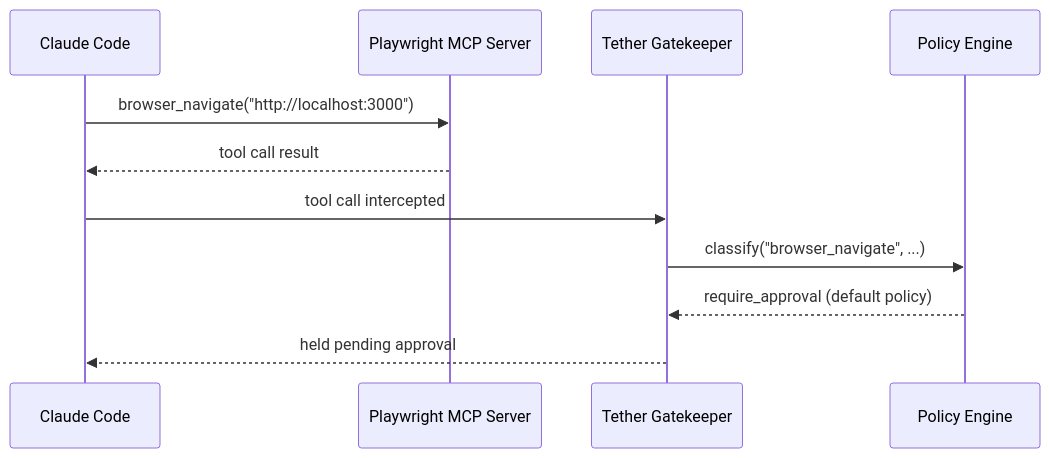
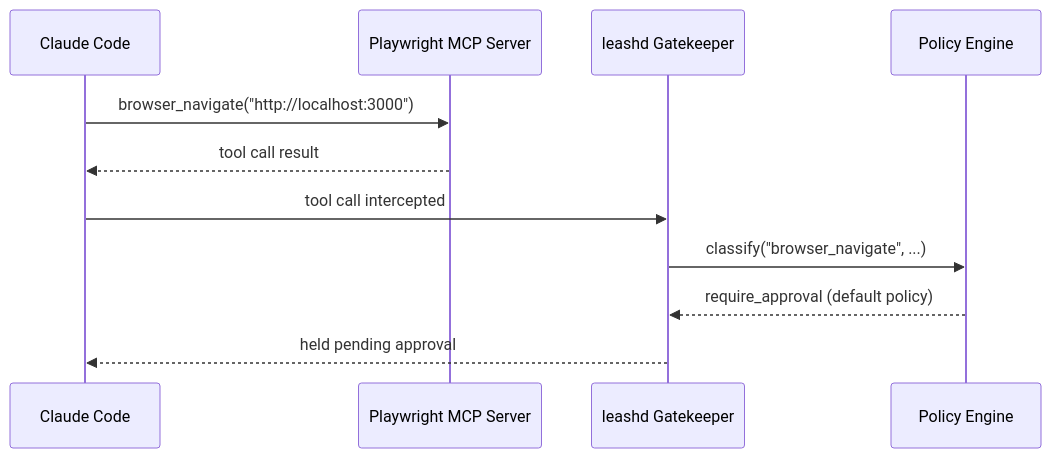
The diagram in docs/browser-testing.md (nodenova/tether), drawn with Mermaid before and after one commit. The commit also changed other lines of this file and 139 other files, not shown here.

Commit message:
Rebrand from Tether to Leashd

````diff
--- a/docs/browser-testing.md
+++ b/docs/browser-testing.md
@@ -28,14 +28,14 @@
 ```mermaid
 sequenceDiagram
     participant CC as Claude Code
     participant MCP as Playwright MCP Server
-    participant GK as Tether Gatekeeper
+    participant GK as leashd Gatekeeper
     participant Policy as Policy Engine
 
     CC->>MCP: browser_navigate("http://localhost:3000")
     MCP-->>CC: tool call result
     CC->>GK: tool call intercepted
     GK->>Policy: classify("browser_navigate", ...)
     Policy-->>GK: require_approval (default policy)
     GK-->>CC: held pending approval
 ```
````
